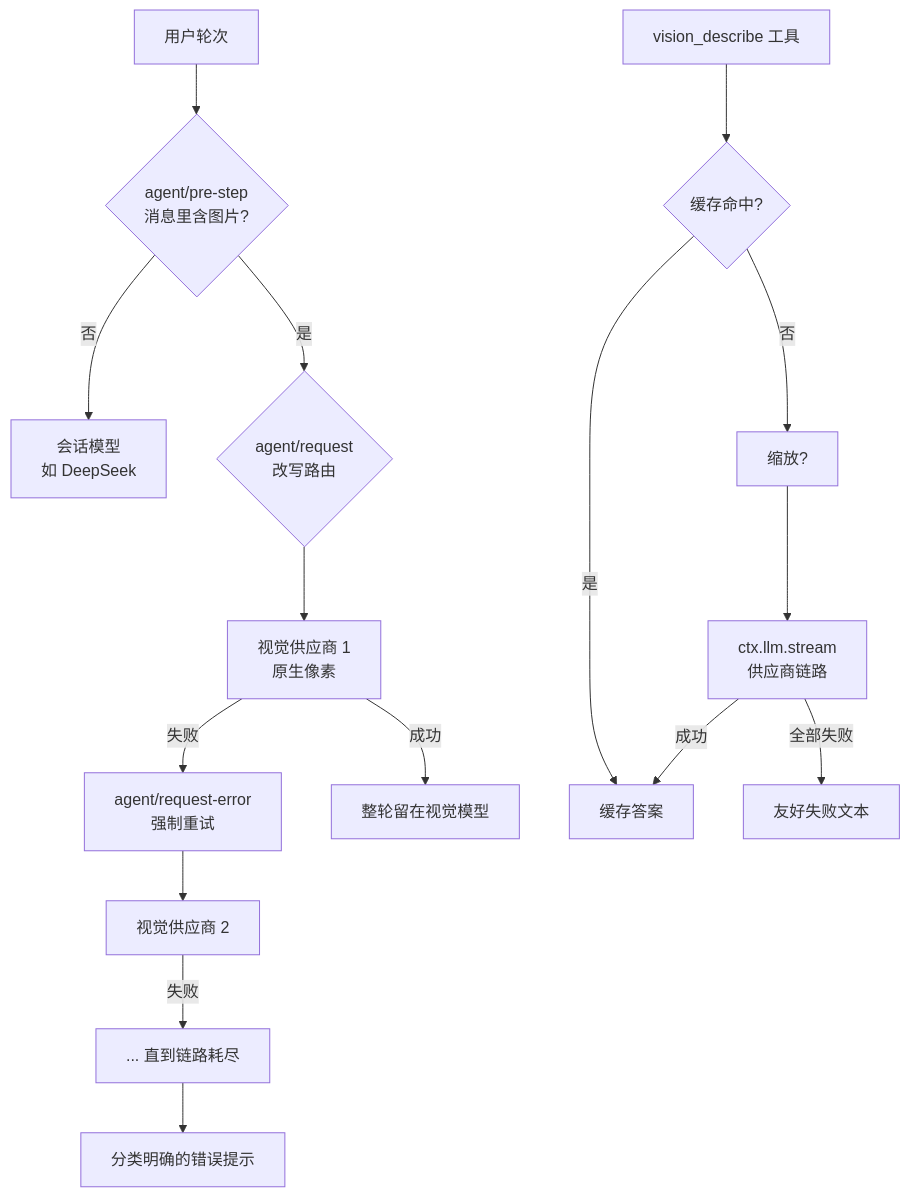
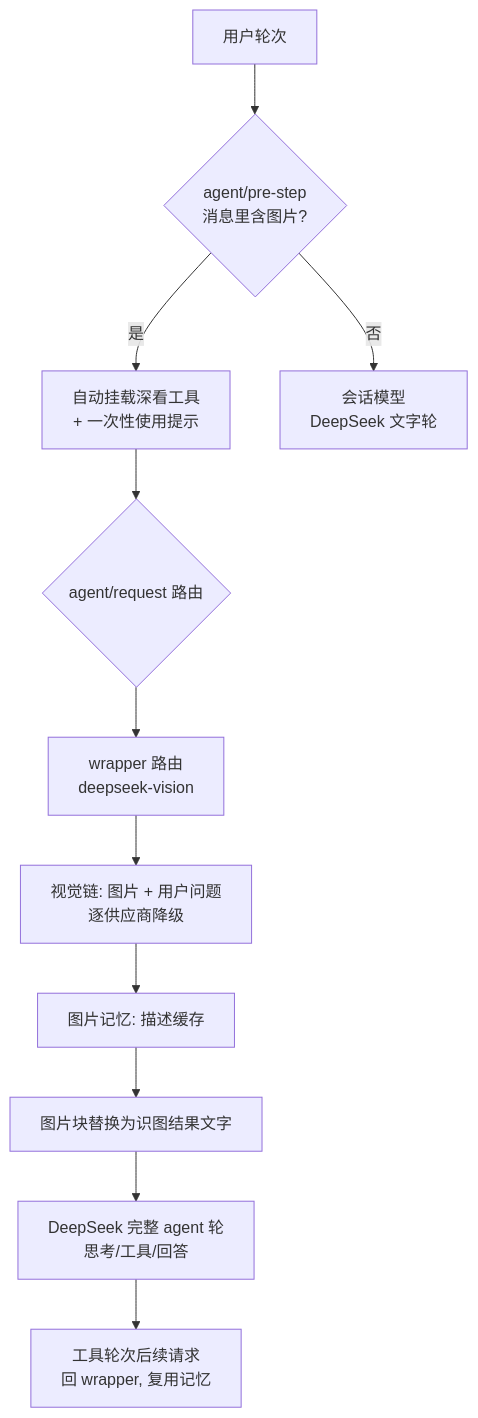
One commit to LeonisK/dsh-vision-router changed the diagram in README.md. Above: the diagram before and after it, drawn with Mermaid. The commit also changed other lines of this file and 3 other files, not shown here.

````diff
--- a/README.md
+++ b/README.md
@@ -118,17 +73,13 @@
 ```mermaid
 flowchart TD
     U[用户轮次] --> PS{agent/pre-step<br/>消息里含图片?}
-    PS -- 否 --> TEXT[会话模型<br/>如 DeepSeek]
-    PS -- 是 --> R{agent/request<br/>改写路由}
-    R --> V1[视觉供应商 1<br/>原生像素]
-    V1 -- 失败 --> ERR[agent/request-error<br/>强制重试]
-    ERR --> V2[视觉供应商 2]
-    V2 -- 失败 --> ERR2[... 直到链路耗尽]
-    ERR2 --> E[分类明确的错误提示]
-    V1 -- 成功 --> DONE[整轮留在视觉模型]
-    T[vision_describe 工具] --> C{缓存命中?}
-    C -- 否 --> DS[缩放?] --> LLM[ctx.llm.stream<br/>供应商链路]
-    C -- 是 --> OUT[缓存答案]
-    LLM -- 成功 --> OUT
-    LLM -- 全部失败 --> F[友好失败文本]
+    PS -- 是 --> AUTO[自动挂载深看工具<br/>+ 一次性使用提示]
+    PS -- 否 --> TEXT[会话模型<br/>DeepSeek 文字轮]
+    AUTO --> R{agent/request 路由}
+    R --> W[wrapper 路由<br/>deepseek-vision]
+    W --> DES[视觉链: 图片 + 用户问题<br/>逐供应商降级]
+    DES --> MEM[图片记忆: 描述缓存]
+    MEM --> SUB[图片块替换为识图结果文字]
+    SUB --> DS[DeepSeek 完整 agent 轮<br/>思考/工具/回答]
+    DS --> T2[工具轮次后续请求<br/>回 wrapper, 复用记忆]
 ```
````
